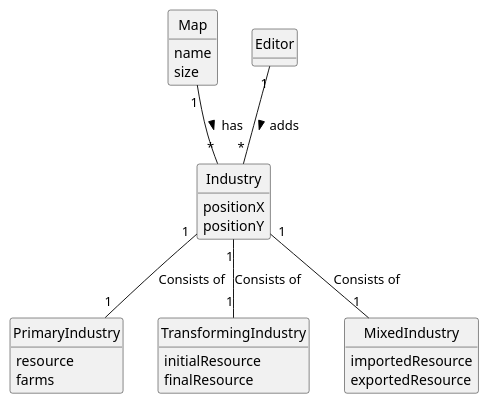
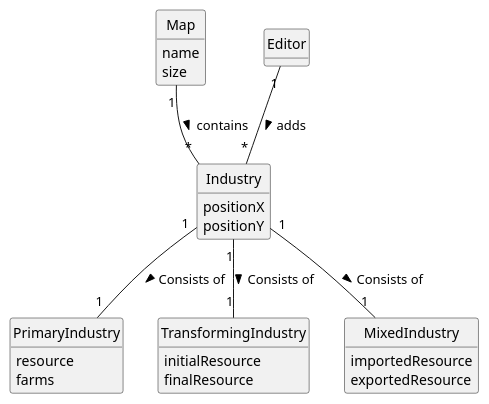
Before and after one commit to bruno-monteiro5/sem2-pi-24.25-g132-repo: the diagram in docs/system-documentation/US002/02.analysis/puml/US002-DM.puml, drawn with PlantUML. The commit also changed 26 other files, not shown here.

```diff
--- a/docs/system-documentation/US002/02.analysis/puml/US002-DM.puml
+++ b/docs/system-documentation/US002/02.analysis/puml/US002-DM.puml
@@ -1,52 +1,52 @@
 @startuml
 skinparam monochrome true
 skinparam packageStyle rectangle
 skinparam shadowing false
 
 'left to right direction
 
 skinparam classAttributeIconSize 0
 
 hide circle
 hide methods
 
 'title Domain Model
 
 class Map {
     name
     size
 }
 
 class Industry {
     positionX
     positionY
 }
 
 class PrimaryIndustry {
     resource
     farms
 }
 
 class TransformingIndustry {
     initialResource
     finalResource
 }
 
 class MixedIndustry {
     importedResource
     exportedResource
 }
 
 class Editor {
 }
 
 
 Editor "1" -- "*" Industry: adds >
 
-Map "1" -- "*" Industry : has >
-Industry "1" -- "1" PrimaryIndustry : Consists of
-Industry "1" -- "1" TransformingIndustry : Consists of
-Industry "1" -- "1" MixedIndustry : Consists of
+Map "1" -- "*" Industry : contains >
+Industry "1" -- "1" PrimaryIndustry : Consists of >
+Industry "1" -- "1" TransformingIndustry : Consists of >
+Industry "1" -- "1" MixedIndustry : Consists of >
 
 
 @enduml
```
